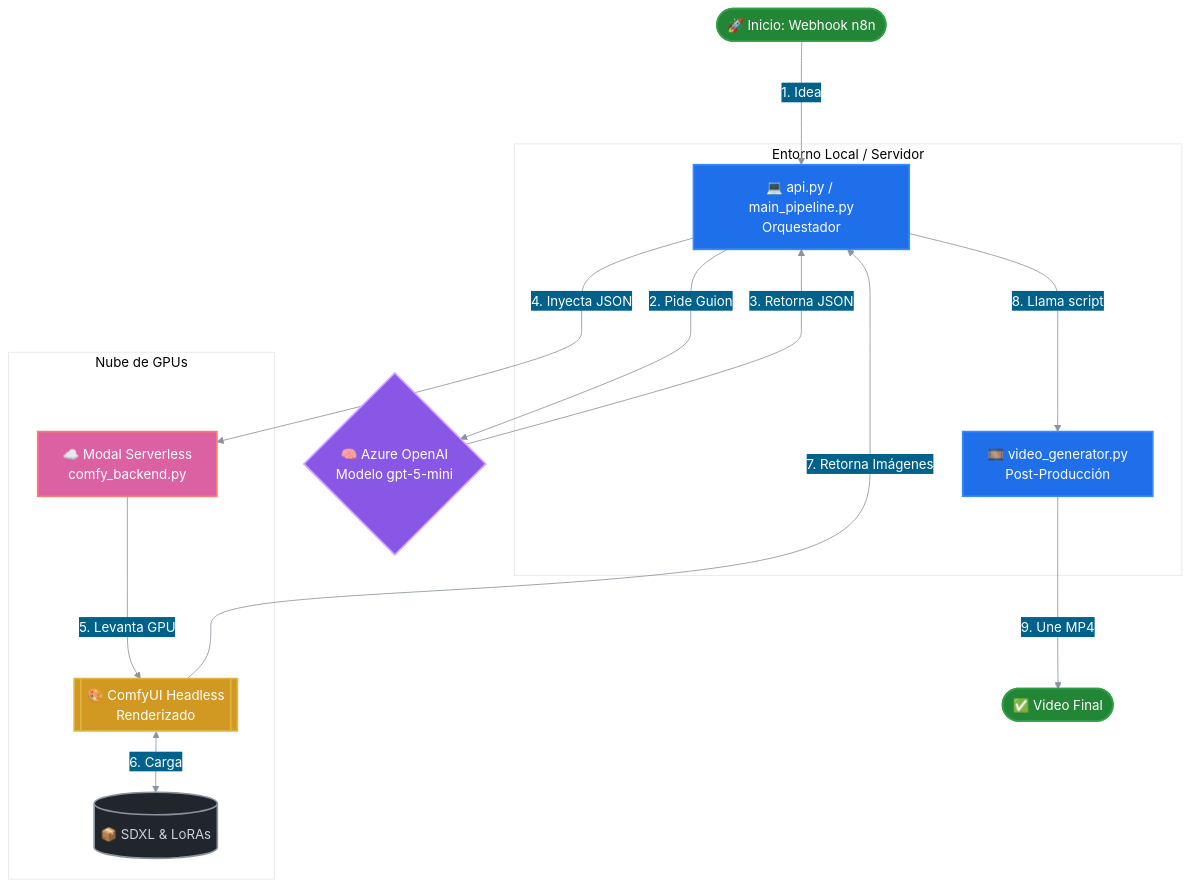
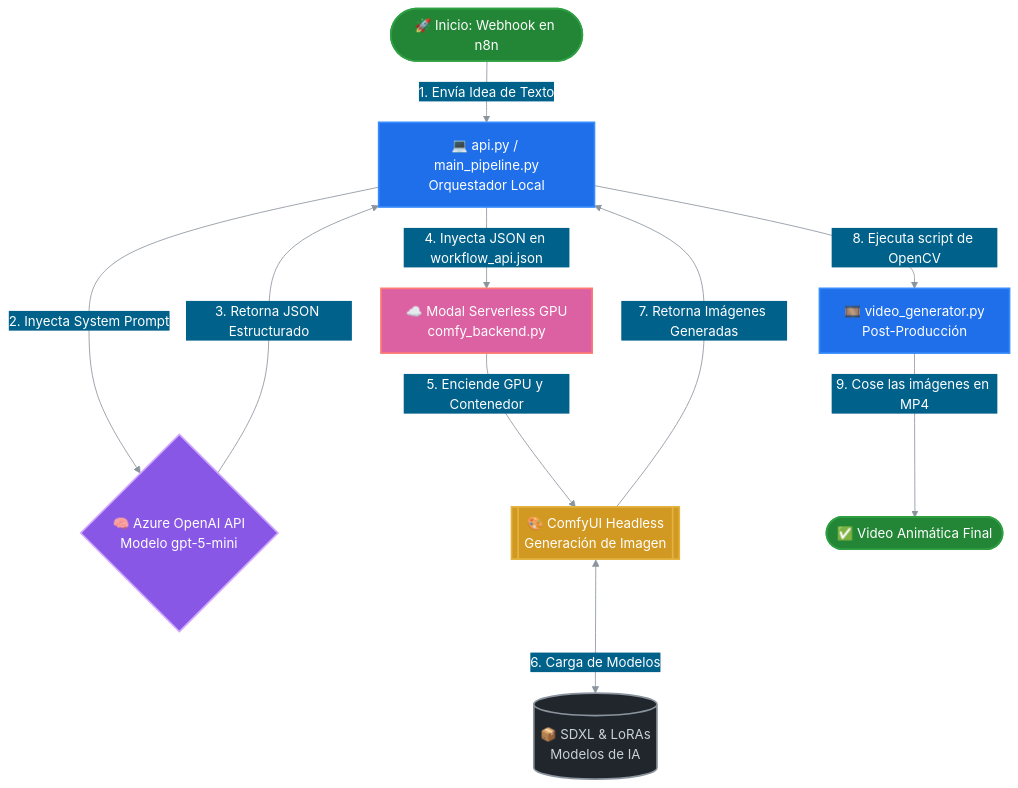
The diagram in README.md (fernando-pedernera/ai-storyboard), drawn with Mermaid before and after one commit.

Commit message:
Fix diagram overlap

````diff
--- a/README.md
+++ b/README.md
@@ -20,44 +20,37 @@
 ```mermaid
 %%{init: {'theme': 'base', 'themeVariables': { 'primaryColor': '#1e1e1e', 'primaryTextColor': '#ffffff', 'primaryBorderColor': '#7C3AED', 'lineColor': '#8b949e', 'secondaryColor': '#00618A', 'tertiaryColor': '#fff'}}}%%
 graph TD
+    %% Definición de Nodos
+    Start([🚀 Inicio: Webhook en n8n])
+    API[💻 api.py / main_pipeline.py<br/>Orquestador Local]
+    LLM{🧠 Azure OpenAI API<br/>Modelo gpt-5-mini}
+    Modal[☁️ Modal Serverless GPU<br/>comfy_backend.py]
+    ComfyUI[[🎨 ComfyUI Headless<br/>Generación de Imagen]]
+    SDXL[(📦 SDXL & LoRAs<br/>Modelos de IA)]
+    Video[🎞️ video_generator.py<br/>Post-Producción]
+    End([✅ Video Animática Final])
+
+    %% Flujo de datos
+    Start -->|1. Envía Idea de Texto| API
+    
+    %% Alargar la conexión y simplificar texto para evitar que 2 y 3 se pisen
+    API --->|2. Inyecta System Prompt| LLM
+    LLM --->|3. Retorna JSON Estructurado| API
+    
+    API -->|4. Inyecta JSON en workflow_api.json| Modal
+    Modal -->|5. Enciende GPU y Contenedor| ComfyUI
+    ComfyUI <-->|6. Carga de Modelos| SDXL
+    ComfyUI -->|7. Retorna Imágenes Generadas| API
+    API -->|8. Ejecuta script de OpenCV| Video
+    Video -->|9. Cose las imágenes en MP4| End
+
     %% Estilos de Nodos para alto contraste en GitHub
-    classDef webhook fill:#238636,stroke:#2ea043,stroke-width:2px,color:#ffffff
-    classDef orquestador fill:#1f6feb,stroke:#388bfd,stroke-width:2px,color:#ffffff
-    classDef ia fill:#8957e5,stroke:#d2a8ff,stroke-width:2px,color:#ffffff
-    classDef modal fill:#db61a2,stroke:#ff7b72,stroke-width:2px,color:#ffffff
-    classDef comfy fill:#d29922,stroke:#e3b341,stroke-width:2px,color:#ffffff
-    classDef modelos fill:#21262d,stroke:#8b949e,stroke-width:2px,color:#c9d1d9
-
-    %% Capa 1: Entrada
-    Start([🚀 Inicio: Webhook n8n]):::webhook
-
-    %% Capa 2: Backend Local
-    subgraph Local [Entorno Local / Servidor]
-        API[💻 api.py / main_pipeline.py<br/>Orquestador]:::orquestador
-        Video[🎞️ video_generator.py<br/>Post-Producción]:::orquestador
-    end
-
-    %% Capa 3: Servicios IA
-    LLM{🧠 Azure OpenAI<br/>Modelo gpt-5-mini}:::ia
-
-    subgraph Nube [Nube de GPUs]
-        Modal[☁️ Modal Serverless<br/>comfy_backend.py]:::modal
-        ComfyUI[[🎨 ComfyUI Headless<br/>Renderizado]]:::comfy
-        SDXL[(📦 SDXL & LoRAs)]:::modelos
-    end
-
-    End([✅ Video Final]):::webhook
-
-    %% Flujo de datos espaciado para evitar solapamientos
-    Start --->|1. Idea| API
-    API --->|2. Pide Guion| LLM
-    LLM --->|3. Retorna JSON| API
-    
-    API --->|4. Inyecta JSON| Modal
-    Modal --->|5. Levanta GPU| ComfyUI
-    ComfyUI <-->|6. Carga| SDXL
-    ComfyUI --->|7. Retorna Imágenes| API
-    
-    API --->|8. Llama script| Video
-    Video --->|9. Une MP4| End
+    style Start fill:#238636,stroke:#2ea043,stroke-width:2px,color:#ffffff
+    style API fill:#1f6feb,stroke:#388bfd,stroke-width:2px,color:#ffffff
+    style LLM fill:#8957e5,stroke:#d2a8ff,stroke-width:2px,color:#ffffff
+    style Modal fill:#db61a2,stroke:#ff7b72,stroke-width:2px,color:#ffffff
+    style ComfyUI fill:#d29922,stroke:#e3b341,stroke-width:2px,color:#ffffff
+    style SDXL fill:#21262d,stroke:#8b949e,stroke-width:2px,color:#c9d1d9
+    style Video fill:#1f6feb,stroke:#388bfd,stroke-width:2px,color:#ffffff
+    style End fill:#238636,stroke:#2ea043,stroke-width:2px,color:#ffffff
 ```
````
